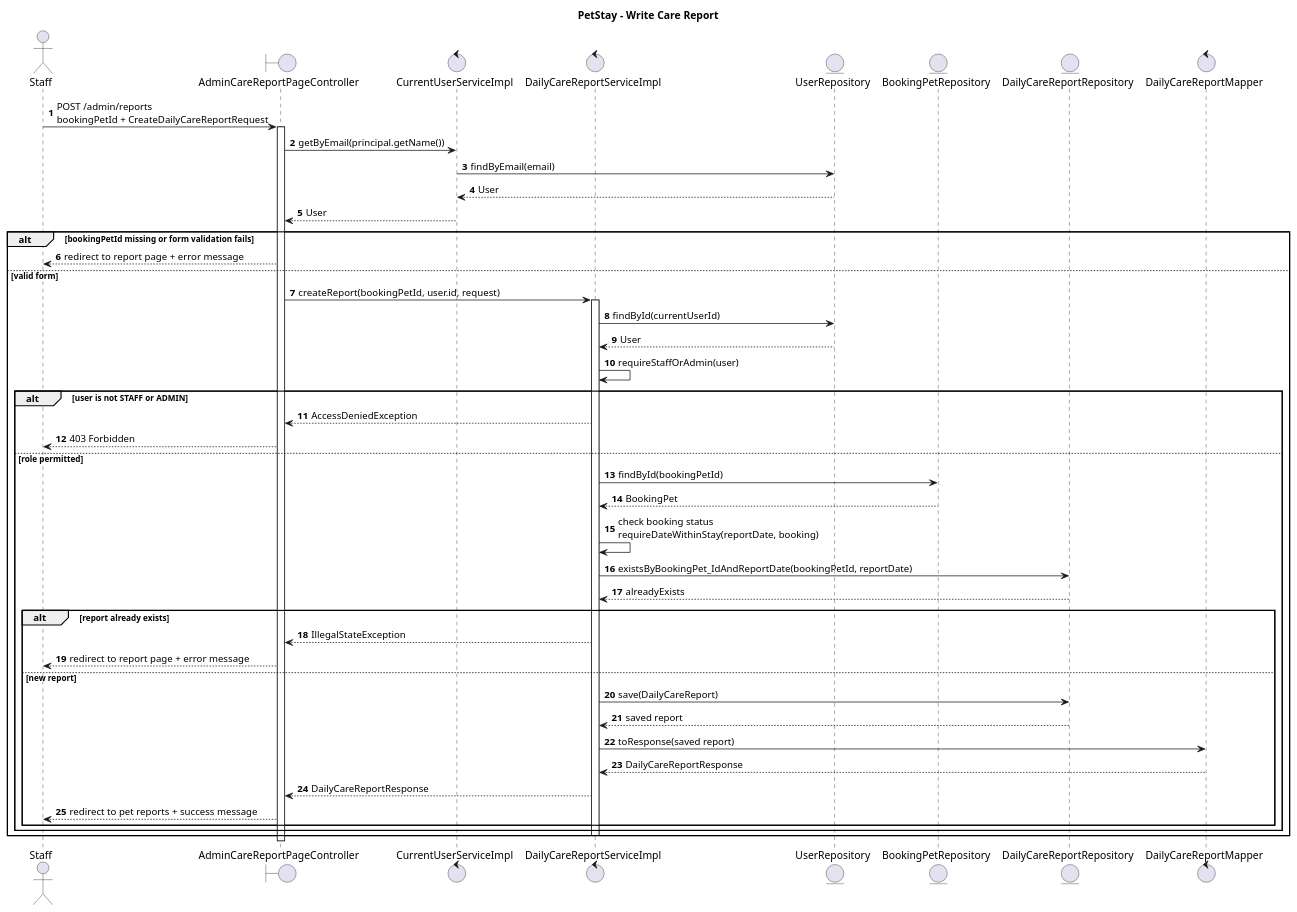
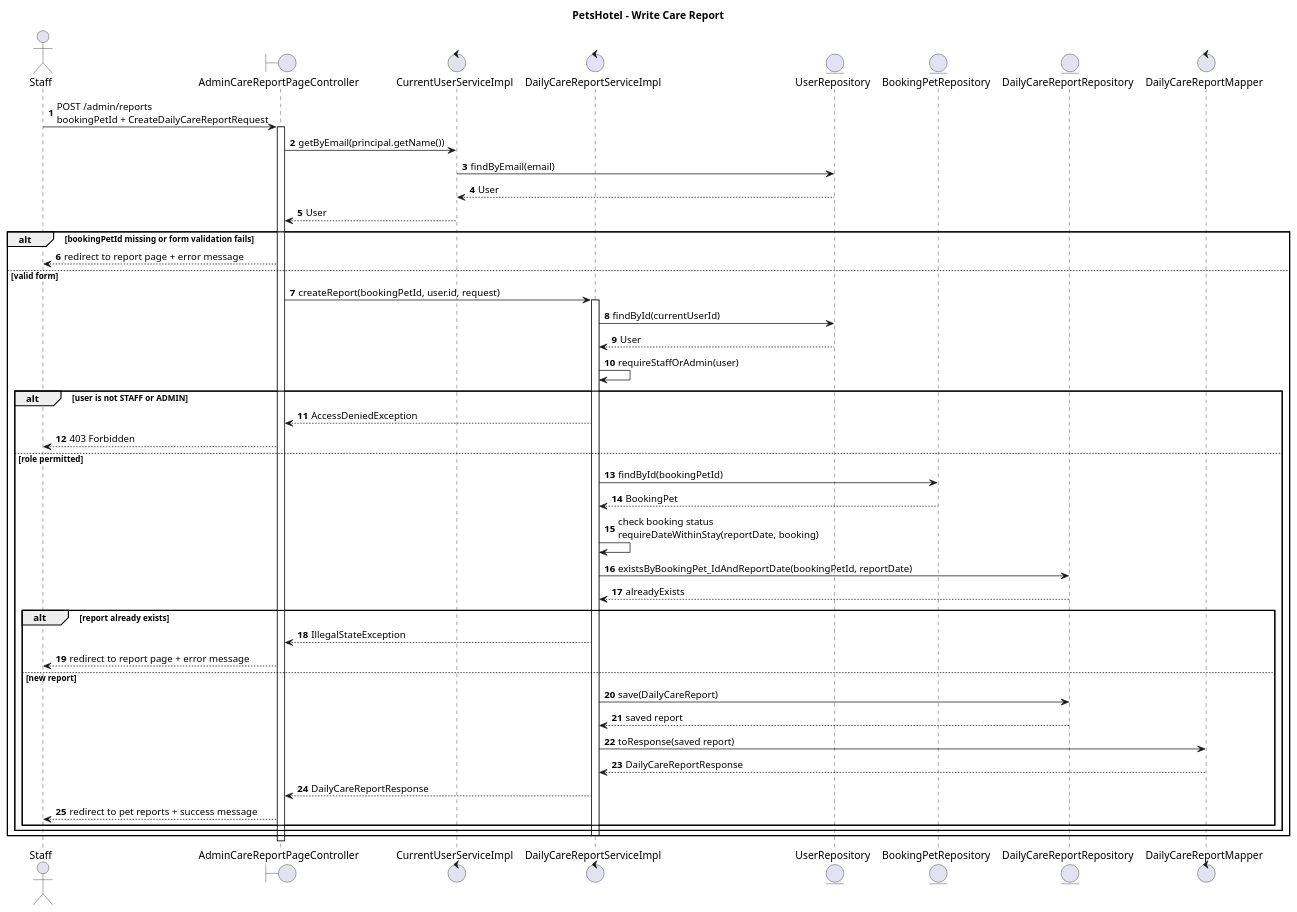
One commit to Tanut-oam/PetsHotel_Project changed the diagram in doc/diagrams/sequence-daily-care.puml. Above: the diagram before and after it, drawn with PlantUML. The commit also changed 3 other files, not shown here.

Commit message:
docs: rename pet care diagrams to PetsHotel

```diff
--- a/doc/diagrams/sequence-daily-care.puml
+++ b/doc/diagrams/sequence-daily-care.puml
@@ -1,58 +1,58 @@
 @startuml sequence-daily-care
-title PetStay - Write Care Report
+title PetsHotel - Write Care Report
 
 skinparam defaultFontName "Tahoma"
 skinparam shadowing false
 autonumber
 
 actor "Staff" as Staff
 boundary "AdminCareReportPageController" as Page
 control "CurrentUserServiceImpl" as CurrentUser
 control "DailyCareReportServiceImpl" as ReportService
 entity "UserRepository" as Users
 entity "BookingPetRepository" as BookingPets
 entity "DailyCareReportRepository" as Reports
 control "DailyCareReportMapper" as Mapper
 
 Staff -> Page : POST /admin/reports\nbookingPetId + CreateDailyCareReportRequest
 activate Page
 Page -> CurrentUser : getByEmail(principal.getName())
 CurrentUser -> Users : findByEmail(email)
 Users --> CurrentUser : User
 CurrentUser --> Page : User
 
 alt bookingPetId missing or form validation fails
   Page --> Staff : redirect to report page + error message
 else valid form
   Page -> ReportService : createReport(bookingPetId, user.id, request)
   activate ReportService
   ReportService -> Users : findById(currentUserId)
   Users --> ReportService : User
   ReportService -> ReportService : requireStaffOrAdmin(user)
 
   alt user is not STAFF or ADMIN
     ReportService --> Page : AccessDeniedException
     Page --> Staff : 403 Forbidden
   else role permitted
     ReportService -> BookingPets : findById(bookingPetId)
     BookingPets --> ReportService : BookingPet
     ReportService -> ReportService : check booking status\nrequireDateWithinStay(reportDate, booking)
     ReportService -> Reports : existsByBookingPet_IdAndReportDate(bookingPetId, reportDate)
     Reports --> ReportService : alreadyExists
 
     alt report already exists
       ReportService --> Page : IllegalStateException
       Page --> Staff : redirect to report page + error message
     else new report
       ReportService -> Reports : save(DailyCareReport)
       Reports --> ReportService : saved report
       ReportService -> Mapper : toResponse(saved report)
       Mapper --> ReportService : DailyCareReportResponse
       ReportService --> Page : DailyCareReportResponse
       Page --> Staff : redirect to pet reports + success message
     end
   end
   deactivate ReportService
 end
 deactivate Page
 @enduml
```
